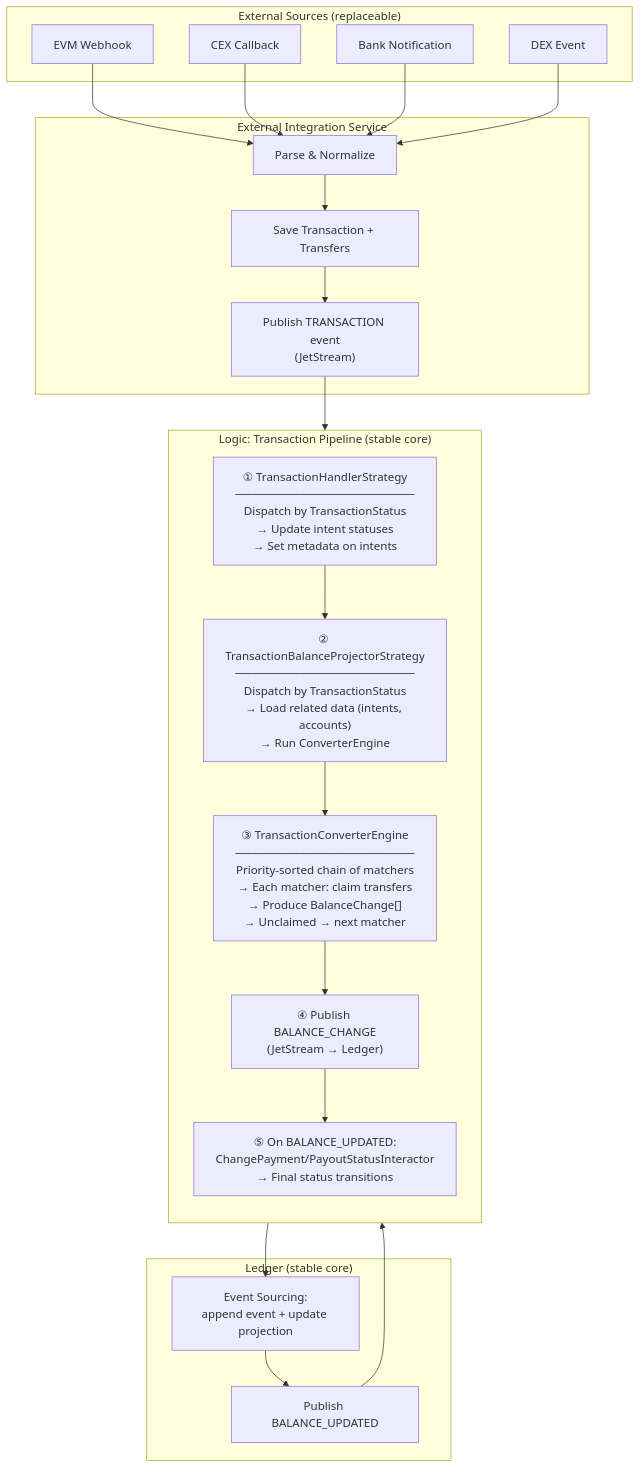
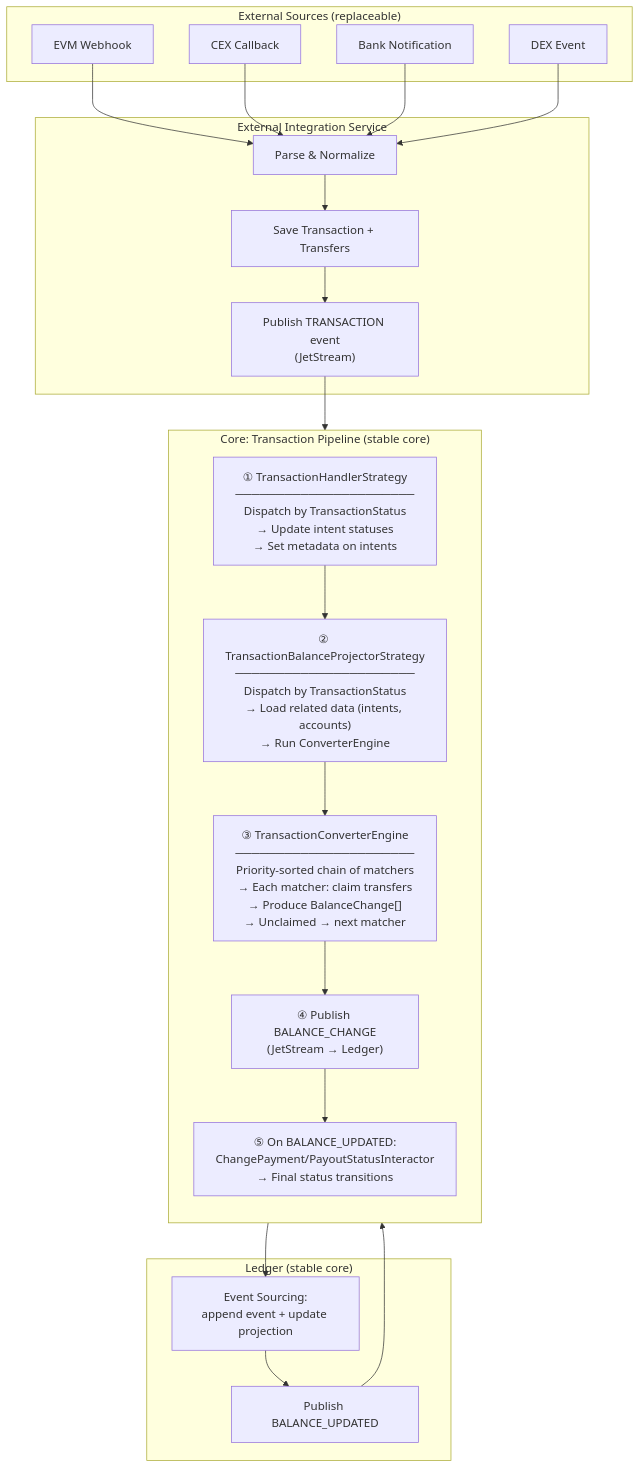
Before and after one commit to AndreyShashlovDev/multi-rail-payments-processor: the fourth of 5 diagrams in README.md, drawn with Mermaid. The commit also changed other lines of this file and 245 other files, not shown here.

Commit message:
refactor: rename Logic service to Core

````diff
--- a/README.md
+++ b/README.md
@@ -457,43 +457,43 @@
 ```mermaid
 flowchart TD
     subgraph ExternalSources["External Sources (replaceable)"]
         EVM["EVM Webhook"]
         CEX["CEX Callback"]
         BANK["Bank Notification"]
         DEX["DEX Event"]
     end
 
     subgraph EIS["External Integration Service"]
         PARSE["Parse & Normalize"]
         SAVE["Save Transaction + Transfers"]
         PUB["Publish TRANSACTION event<br/>(JetStream)"]
     end
 
     EVM --> PARSE
     CEX --> PARSE
     BANK --> PARSE
     DEX --> PARSE
     PARSE --> SAVE --> PUB
 
-    subgraph Pipeline["Logic: Transaction Pipeline (stable core)"]
+    subgraph Pipeline["Core: Transaction Pipeline (stable core)"]
         direction TB
         HANDLER["① TransactionHandlerStrategy<br/>──────────────────────<br/>Dispatch by TransactionStatus<br/>→ Update intent statuses<br/>→ Set metadata on intents"]
         PROJECTOR["② TransactionBalanceProjectorStrategy<br/>──────────────────────<br/>Dispatch by TransactionStatus<br/>→ Load related data (intents, accounts)<br/>→ Run ConverterEngine"]
         CONVERTER["③ TransactionConverterEngine<br/>──────────────────────<br/>Priority-sorted chain of matchers<br/>→ Each matcher: claim transfers<br/>→ Produce BalanceChange[]<br/>→ Unclaimed → next matcher"]
         LEDGER_PUB["④ Publish BALANCE_CHANGE<br/>(JetStream → Ledger)"]
         STATUS["⑤ On BALANCE_UPDATED:<br/>ChangePayment/PayoutStatusInteractor<br/>→ Final status transitions"]
 
         HANDLER --> PROJECTOR --> CONVERTER --> LEDGER_PUB --> STATUS
     end
 
     PUB --> HANDLER
 
     subgraph LedgerSvc["Ledger (stable core)"]
         ES["Event Sourcing:<br/>append event + update projection"]
         PUB_BACK["Publish BALANCE_UPDATED"]
         ES --> PUB_BACK
     end
 
     LEDGER_PUB --> ES
     PUB_BACK --> STATUS
 ```
````
